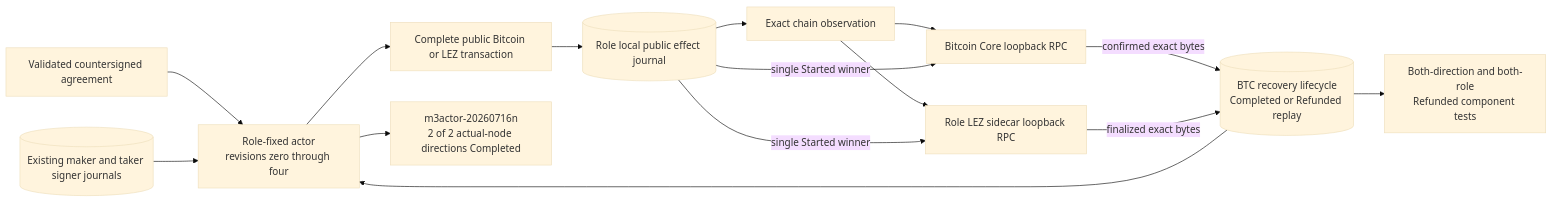
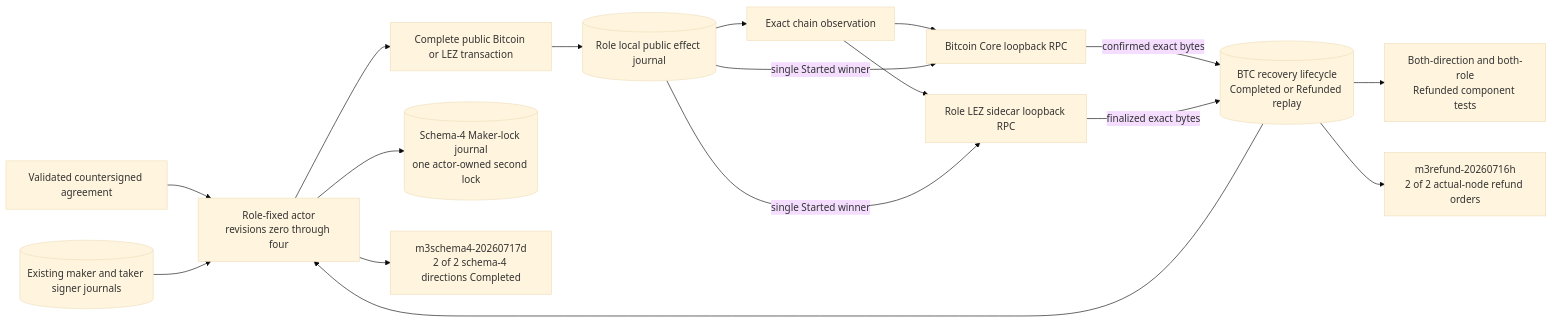
Before and after one commit to gateway-fm/lez-atomic-swaps: diagram 20 of 23 in docs/architecture/system-architecture.md, drawn with Mermaid (base theme). The commit also changed other lines of this file and 3 other files, not shown here.

Commit message:
docs: publish M3 schema4 topology and flows

````diff
--- a/docs/architecture/system-architecture.md
+++ b/docs/architecture/system-architecture.md
@@ -1981,29 +2121,33 @@
 ```mermaid
 flowchart LR
     Agreement["Validated countersigned agreement"]
     Signers[("Existing maker and taker signer journals")]
     Actor["Role-fixed actor<br/>revisions zero through four"]
     Prepared["Complete public Bitcoin or LEZ transaction"]
     Effects[("Role local public effect journal")]
     Observe["Exact chain observation"]
     Core["Bitcoin Core loopback RPC"]
     Sidecar["Role LEZ sidecar loopback RPC"]
     Lifecycle[("BTC recovery lifecycle<br/>Completed or Refunded replay")]
     RefundStore["Both-direction and both-role<br/>Refunded component tests"]
-    Evidence["m3actor-20260716n<br/>2 of 2 actual-node directions Completed"]
+    MakerLock[("Schema-4 Maker-lock journal<br/>one actor-owned second lock")]
+    Evidence["m3schema4-20260717d<br/>2 of 2 schema-4 directions Completed"]
+    RefundEvidence["m3refund-20260716h<br/>2 of 2 actual-node refund orders"]
 
     Agreement --> Actor
     Signers --> Actor
     Actor --> Prepared
+    Actor --> MakerLock
     Prepared --> Effects
     Effects --> Observe
     Observe --> Core
     Observe --> Sidecar
     Effects -->|"single Started winner"| Core
     Effects -->|"single Started winner"| Sidecar
     Core -->|"confirmed exact bytes"| Lifecycle
     Sidecar -->|"finalized exact bytes"| Lifecycle
     Lifecycle --> Actor
     Lifecycle --> RefundStore
     Actor --> Evidence
+    Lifecycle --> RefundEvidence
 ```
````
